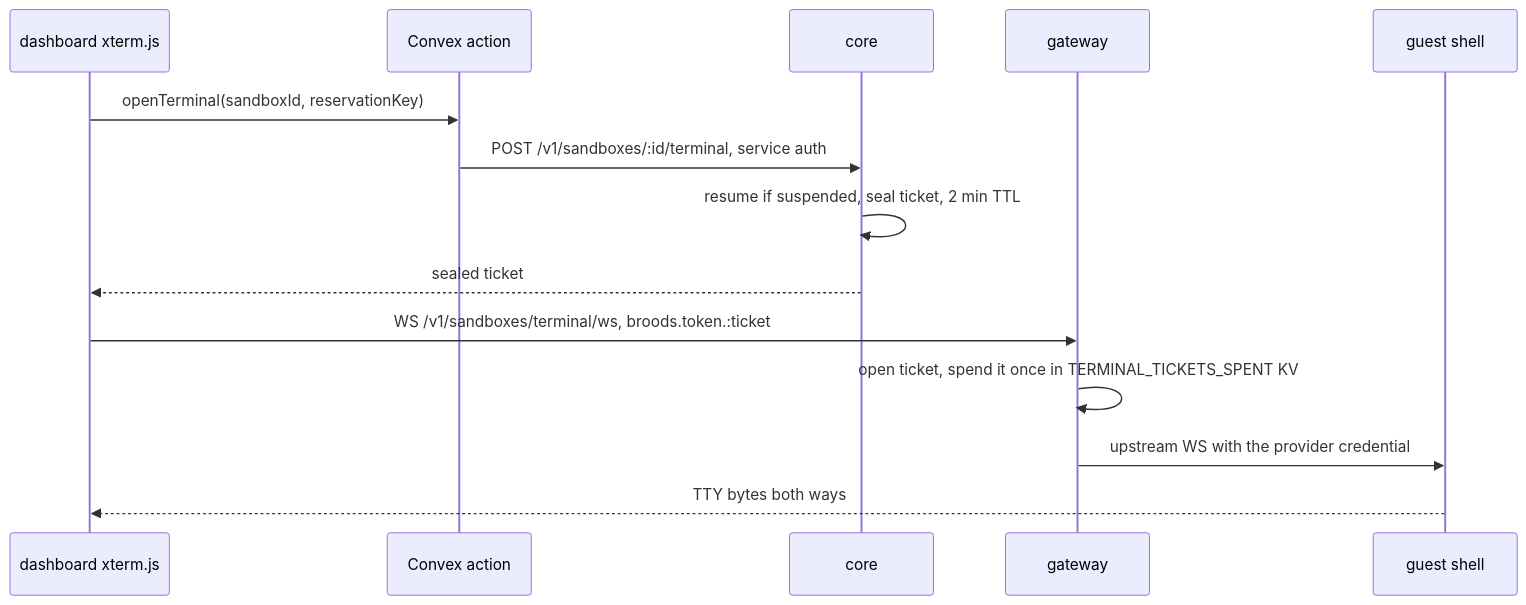
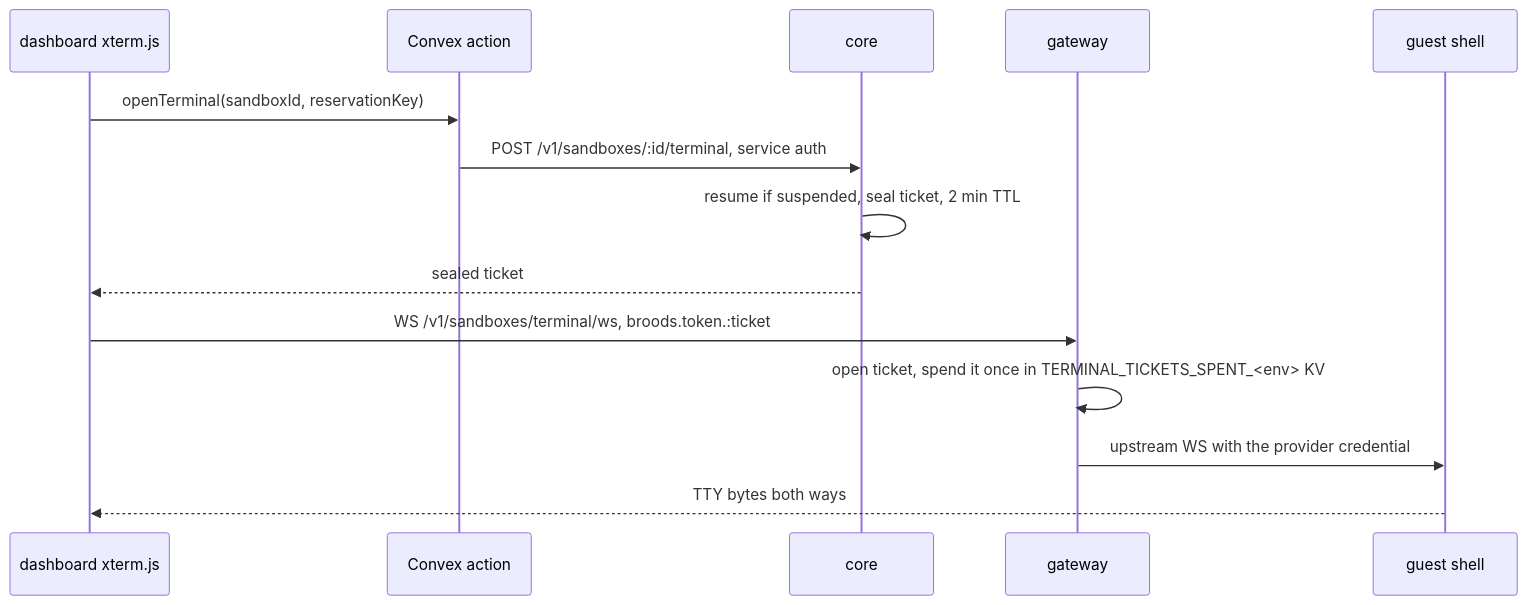
The eighth of 22 diagrams in apps/docs/docs/internals/sandboxes.md (beeblastco/broods), drawn with Mermaid before and after one commit. The commit also changed 14 other files, not shown here.

````diff
--- a/apps/docs/docs/internals/sandboxes.md
+++ b/apps/docs/docs/internals/sandboxes.md
@@ -250,17 +250,17 @@
 ```mermaid
 sequenceDiagram
   participant D as dashboard xterm.js
   participant C as Convex action
   participant Core as core
   participant G as gateway
   participant P as guest shell
 
   D->>C: openTerminal(sandboxId, reservationKey)
   C->>Core: POST /v1/sandboxes/:id/terminal, service auth
   Core->>Core: resume if suspended, seal ticket, 2 min TTL
   Core-->>D: sealed ticket
   D->>G: WS /v1/sandboxes/terminal/ws, broods.token.:ticket
-  G->>G: open ticket, spend it once in TERMINAL_TICKETS_SPENT KV
+  G->>G: open ticket, spend it once in TERMINAL_TICKETS_SPENT_<env> KV
   G->>P: upstream WS with the provider credential
   P-->>D: TTY bytes both ways
 ```
````
